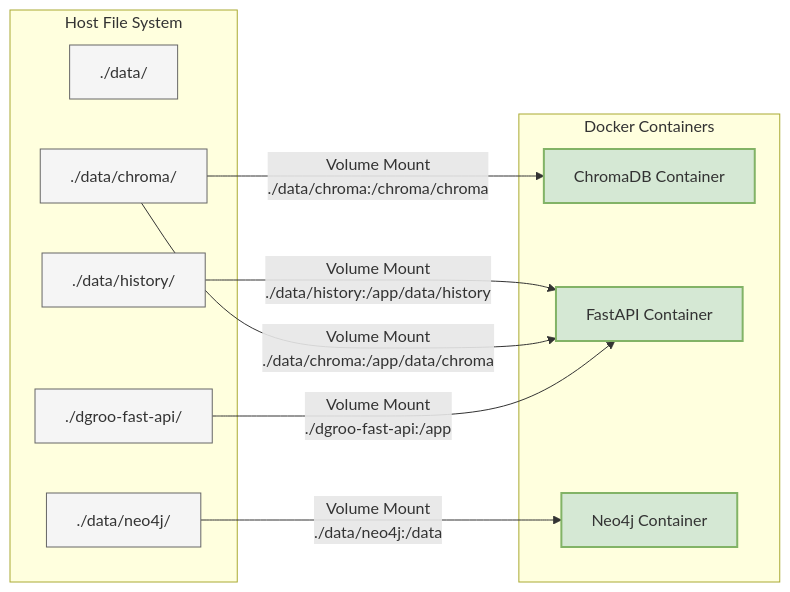
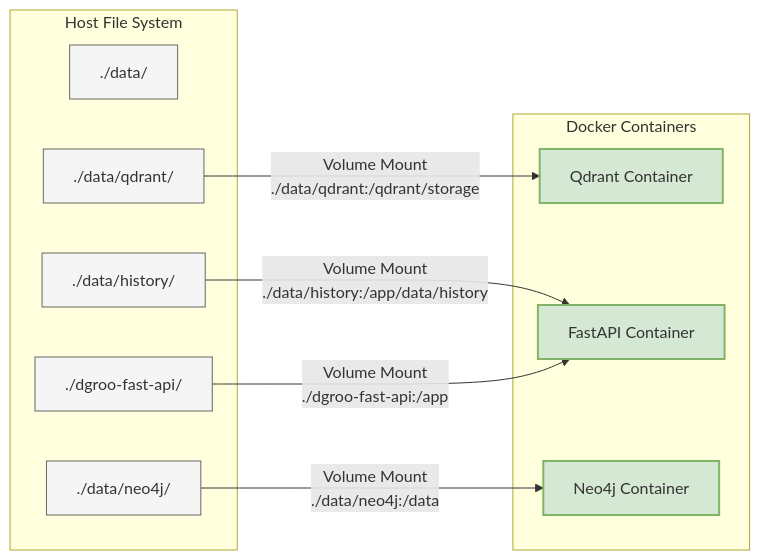
Before and after one commit to darrynv/dangeroo: diagram 11 of 11 in dangeroo-mem0-mcp/docs/dangeroo-architecture.md, drawn with Mermaid. The commit also changed other lines of this file and 7 other files, not shown here.

````diff
--- a/dangeroo-mem0-mcp/docs/dangeroo-architecture.md
+++ b/dangeroo-mem0-mcp/docs/dangeroo-architecture.md
@@ -363,28 +363,27 @@
 ```mermaid
 graph LR
     subgraph "Host File System"
         DataDir["./data/"]
-        ChromaDir["./data/chroma/"]
+        QdrantDir["./data/qdrant/"]
         HistoryDir["./data/history/"]
         Neo4jDir["./data/neo4j/"]
         FastAPIDir["./dgroo-fast-api/"]
     end
     
     subgraph "Docker Containers"
-        ChromaContainer["ChromaDB Container"]
+        QdrantContainer["Qdrant Container"]
         FastAPIContainer["FastAPI Container"]
         Neo4jContainer["Neo4j Container"]
     end
     
-    ChromaDir -->|"Volume Mount<br>./data/chroma:/chroma/chroma"| ChromaContainer
+    QdrantDir -->|"Volume Mount<br>./data/qdrant:/qdrant/storage"| QdrantContainer
     HistoryDir -->|"Volume Mount<br>./data/history:/app/data/history"| FastAPIContainer
-    ChromaDir -->|"Volume Mount<br>./data/chroma:/app/data/chroma"| FastAPIContainer
     FastAPIDir -->|"Volume Mount<br>./dgroo-fast-api:/app"| FastAPIContainer
     Neo4jDir -->|"Volume Mount<br>./data/neo4j:/data"| Neo4jContainer
     
     classDef host fill:#f5f5f5,stroke:#666,stroke-width:1px;
     classDef container fill:#d5e8d4,stroke:#82b366,stroke-width:2px;
     
-    class DataDir,ChromaDir,HistoryDir,Neo4jDir,FastAPIDir host;
-    class ChromaContainer,FastAPIContainer,Neo4jContainer container;
+    class DataDir,QdrantDir,HistoryDir,Neo4jDir,FastAPIDir host;
+    class QdrantContainer,FastAPIContainer,Neo4jContainer container;
 ```
````
